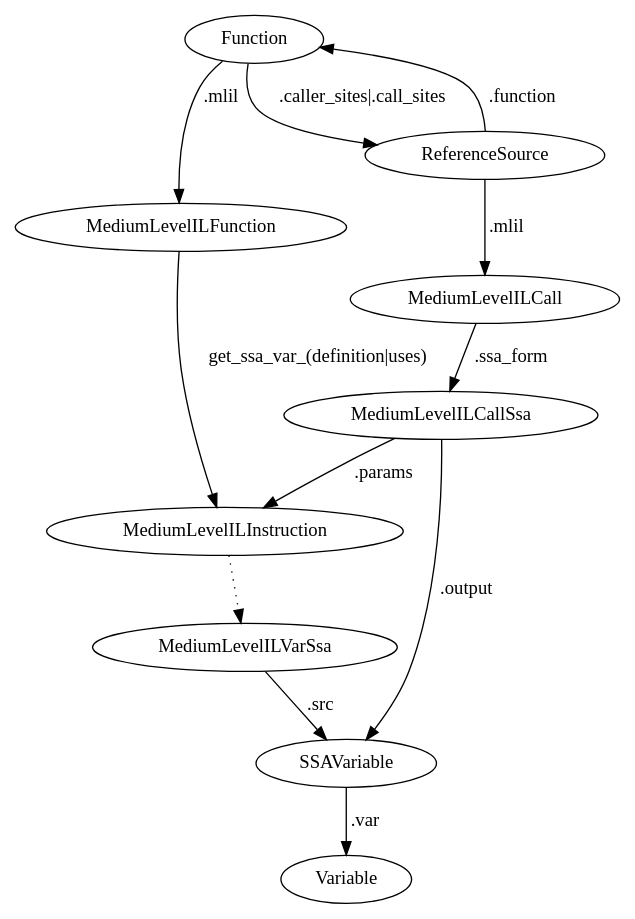
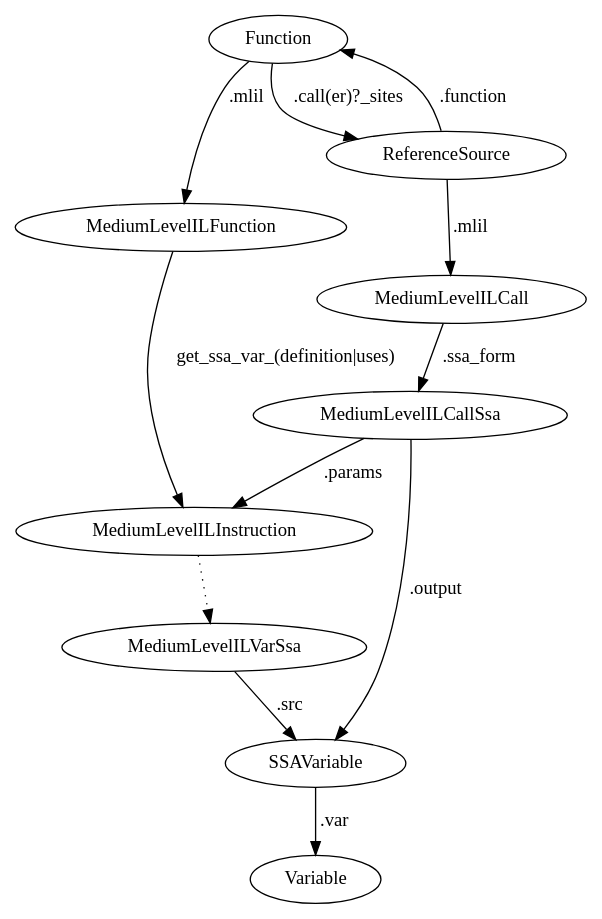
Before and after one commit to RioKato/binja-cheatsheet: the diagram in mlilssa.gv, drawn with Graphviz. The commit also changed 5 other files, not shown here.

```diff
--- a/mlilssa.gv
+++ b/mlilssa.gv
@@ -1,13 +1,13 @@
 digraph {
   Function -> MediumLevelILFunction [label=".mlil"];
   MediumLevelILFunction -> MediumLevelILInstruction [label="get_ssa_var_(definition|uses)"];
-  Function -> ReferenceSource [label = ".caller_sites|.call_sites"];
+  Function -> ReferenceSource [label = ".call(er)?_sites"];
   ReferenceSource -> Function [label = ".function"];
   ReferenceSource -> MediumLevelILCall [label = ".mlil"];
   MediumLevelILCall -> MediumLevelILCallSsa [label = ".ssa_form"];
   MediumLevelILCallSsa -> MediumLevelILInstruction [label = ".params"];
   MediumLevelILInstruction -> MediumLevelILVarSsa [style="dotted"];
   MediumLevelILVarSsa -> SSAVariable [label = ".src"];
   MediumLevelILCallSsa -> SSAVariable [label = ".output"];
   SSAVariable -> Variable [label = ".var"];
 }
```
